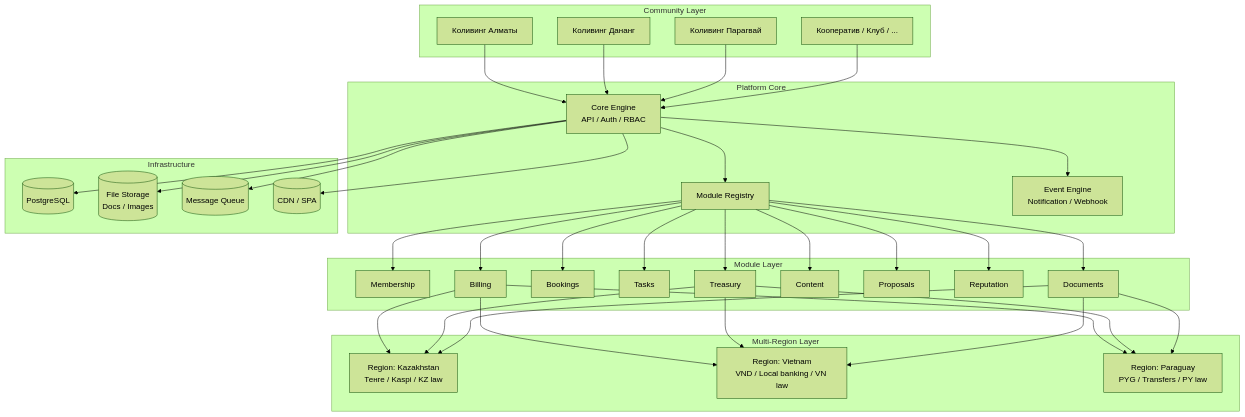
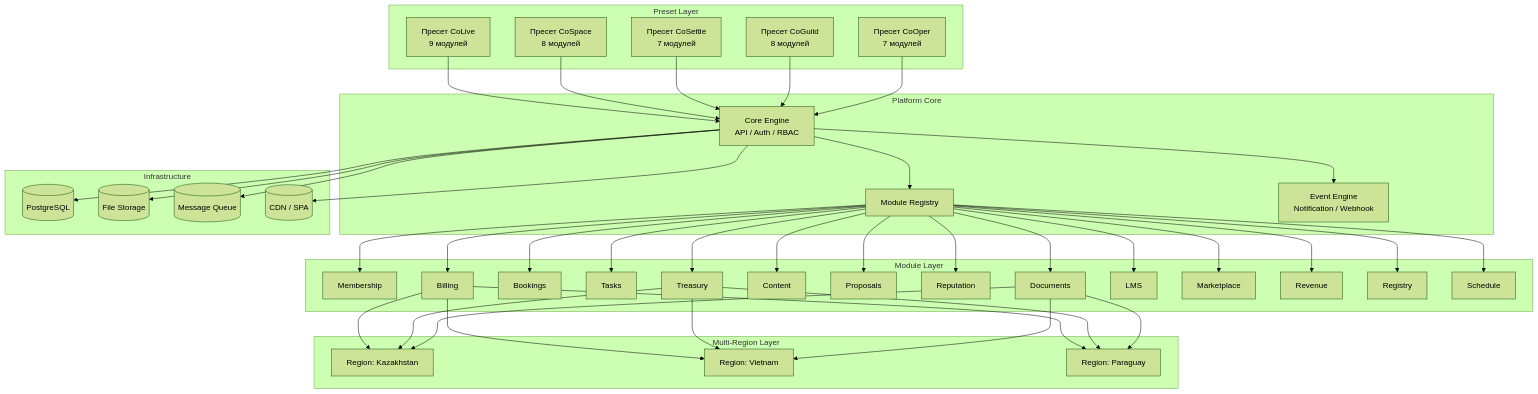
One commit to civilization-luch/tribe-docs changed the diagram in docs/architecture.md. Above: the diagram before and after it, drawn with Mermaid (forest theme). The commit also changed other lines of this file and 6 other files, not shown here.

Commit message:
Add presets model: architecture, preset configs, docs update

````diff
--- a/docs/architecture.md
+++ b/docs/architecture.md
@@ -3,10 +3,11 @@
 ```mermaid
 graph TB
-    subgraph Сообщества["Community Layer"]
-        CA["Коливинг Алматы"]
-        CB["Коливинг Дананг"]
-        CC["Коливинг Парагвай"]
-        CN["Кооператив / Клуб / ..."]
+    subgraph Presets["Preset Layer"]
+        P1["Пресет CoLive<br/>9 модулей"]
+        P2["Пресет CoSpace<br/>8 модулей"]
+        P3["Пресет CoSettle<br/>7 модулей"]
+        P4["Пресет CoGuild<br/>8 модулей"]
+        P5["Пресет CoOper<br/>7 модулей"]
     end
 
     subgraph Engine["Platform Core"]
@@ -25,25 +26,31 @@
         M7["Proposals"]
         M8["Reputation"]
         M9["Documents"]
+        M10["LMS"]
+        M11["Marketplace"]
+        M12["Revenue"]
+        M13["Registry"]
+        M14["Schedule"]
     end
 
     subgraph Region["Multi-Region Layer"]
-        RKZ["Region: Kazakhstan<br/>Тенге / Kaspi / KZ law"]
-        RVN["Region: Vietnam<br/>VND / Local banking / VN law"]
-        RPY["Region: Paraguay<br/>PYG / Transfers / PY law"]
+        RKZ["Region: Kazakhstan"]
+        RVN["Region: Vietnam"]
+        RPY["Region: Paraguay"]
     end
 
     subgraph Infrastructure["Infrastructure"]
         DB[("PostgreSQL")]
-        S3[("File Storage<br/>Docs / Images")]
+        S3[("File Storage")]
         QUEUE[("Message Queue")]
         CDN[("CDN / SPA")]
     end
 
-    CA --> CE
-    CB --> CE
-    CC --> CE
-    CN --> CE
+    P1 --> CE
+    P2 --> CE
+    P3 --> CE
+    P4 --> CE
+    P5 --> CE
 
     CE --> MR
     CE --> EE
@@ -57,6 +64,11 @@
     MR --> M7
     MR --> M8
     MR --> M9
+    MR --> M10
+    MR --> M11
+    MR --> M12
+    MR --> M13
+    MR --> M14
 
     M2 --> RKZ
     M2 --> RVN
````
